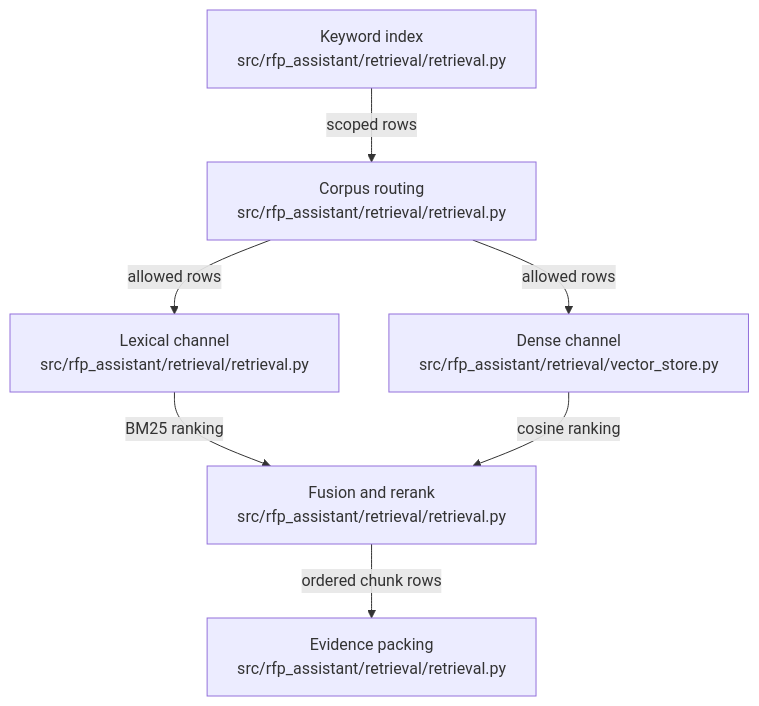
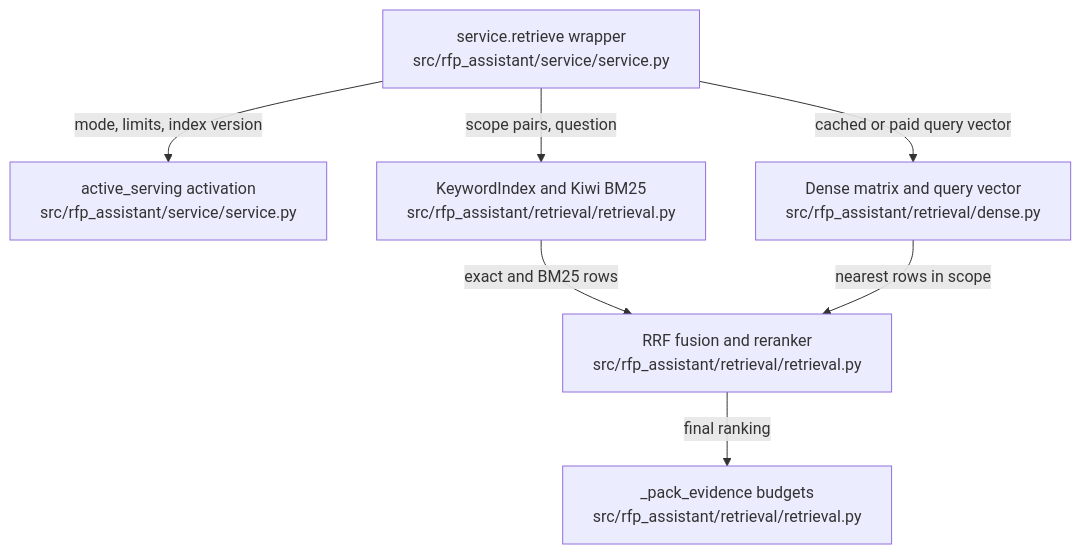
The diagram in .omm/overall-architecture/retrieval-engine/diagram.mmd (littleeeeebit/project-codeit-mid), drawn with Mermaid before and after one commit. The commit also changed 402 other files, not shown here.

```diff
--- a/.omm/overall-architecture/retrieval-engine/diagram.mmd
+++ b/.omm/overall-architecture/retrieval-engine/diagram.mmd
@@ -1,7 +1,13 @@
 graph TD
-  keyword-index["Keyword index\nsrc/rfp_assistant/retrieval/retrieval.py"] -->|"scoped rows"| corpus-routing["Corpus routing\nsrc/rfp_assistant/retrieval/retrieval.py"]
-  corpus-routing -->|"allowed rows"| lexical-channel["Lexical channel\nsrc/rfp_assistant/retrieval/retrieval.py"]
-  corpus-routing -->|"allowed rows"| dense-channel["Dense channel\nsrc/rfp_assistant/retrieval/vector_store.py"]
-  lexical-channel -->|"BM25 ranking"| fusion-and-rerank["Fusion and rerank\nsrc/rfp_assistant/retrieval/retrieval.py"]
-  dense-channel -->|"cosine ranking"| fusion-and-rerank
-  fusion-and-rerank -->|"ordered chunk rows"| evidence-packing["Evidence packing\nsrc/rfp_assistant/retrieval/retrieval.py"]
+  service-retrieve["service.retrieve wrapper\nsrc/rfp_assistant/service/service.py"]
+  active-serving["active_serving activation\nsrc/rfp_assistant/service/service.py"]
+  keyword-index["KeywordIndex and Kiwi BM25\nsrc/rfp_assistant/retrieval/retrieval.py"]
+  dense-search["Dense matrix and query vector\nsrc/rfp_assistant/retrieval/dense.py"]
+  fusion-rerank["RRF fusion and reranker\nsrc/rfp_assistant/retrieval/retrieval.py"]
+  evidence-packer["_pack_evidence budgets\nsrc/rfp_assistant/retrieval/retrieval.py"]
+  service-retrieve -->|"mode, limits, index version"| active-serving
+  service-retrieve -->|"scope pairs, question"| keyword-index
+  service-retrieve -->|"cached or paid query vector"| dense-search
+  keyword-index -->|"exact and BM25 rows"| fusion-rerank
+  dense-search -->|"nearest rows in scope"| fusion-rerank
+  fusion-rerank -->|"final ranking"| evidence-packer
```
